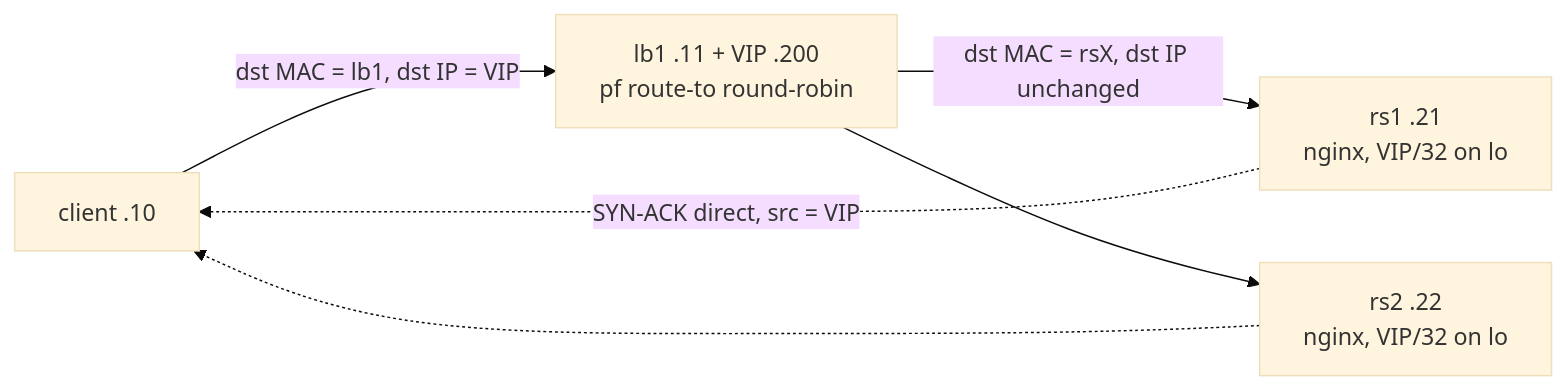
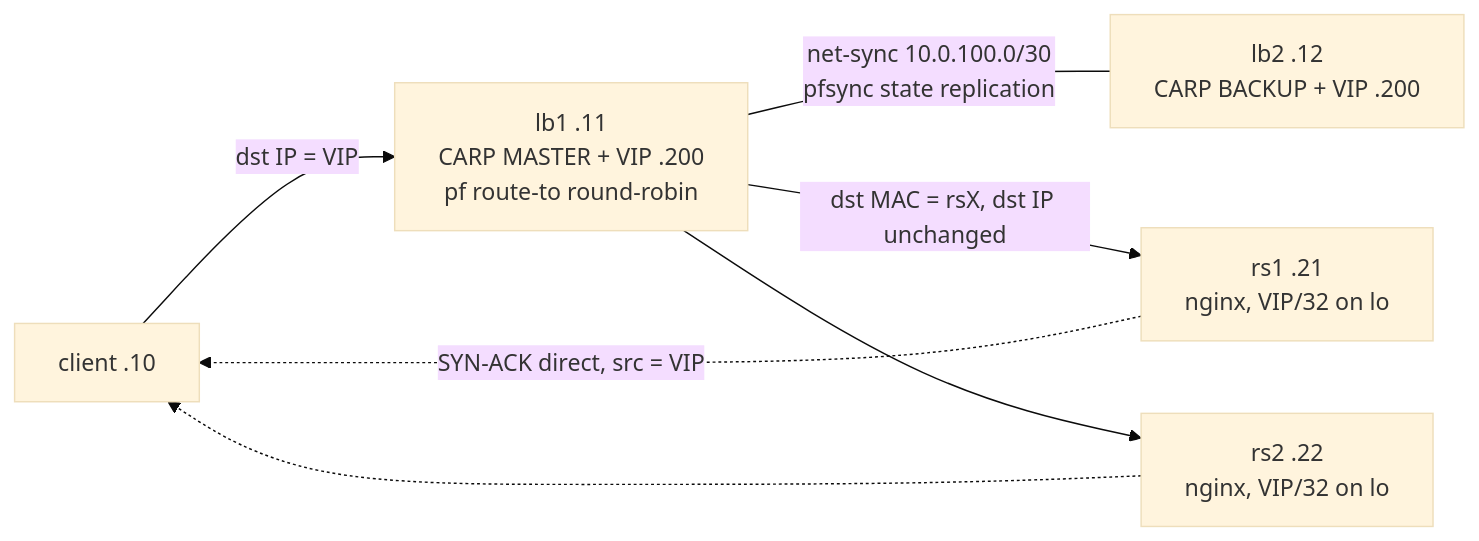
One commit to wsgoggway/lb-dsr-lab changed the first of 2 diagrams in docs/hld.md. Above: the diagram before and after it, drawn with Mermaid (base theme). The commit also changed other lines of this file and 19 other files, not shown here.

Commit message:
feat: phase 2 - CARP pair lb1+lb2 (vhid 1, advskew 0/100, preempt) + pfsync over net-sync, t07 failover test

````diff
--- a/docs/hld.md
+++ b/docs/hld.md
@@ -17,8 +24,10 @@
 ```mermaid
 flowchart LR
-    C["client .10"] -->|"dst MAC = lb1, dst IP = VIP"| LB["lb1 .11 + VIP .200<br>pf route-to round-robin"]
-    LB -->|"dst MAC = rsX, dst IP unchanged"| R1["rs1 .21<br>nginx, VIP/32 on lo"]
-    LB --> R2["rs2 .22<br>nginx, VIP/32 on lo"]
+    C["client .10"] -->|"dst IP = VIP"| LB1["lb1 .11<br>CARP MASTER + VIP .200<br>pf route-to round-robin"]
+    LB2["lb2 .12<br>CARP BACKUP + VIP .200"]
+    LB1 ---|"net-sync 10.0.100.0/30<br>pfsync state replication"| LB2
+    LB1 -->|"dst MAC = rsX, dst IP unchanged"| R1["rs1 .21<br>nginx, VIP/32 on lo"]
+    LB1 --> R2["rs2 .22<br>nginx, VIP/32 on lo"]
     R1 -.->|"SYN-ACK direct, src = VIP"| C
     R2 -.-> C
 ```
````
